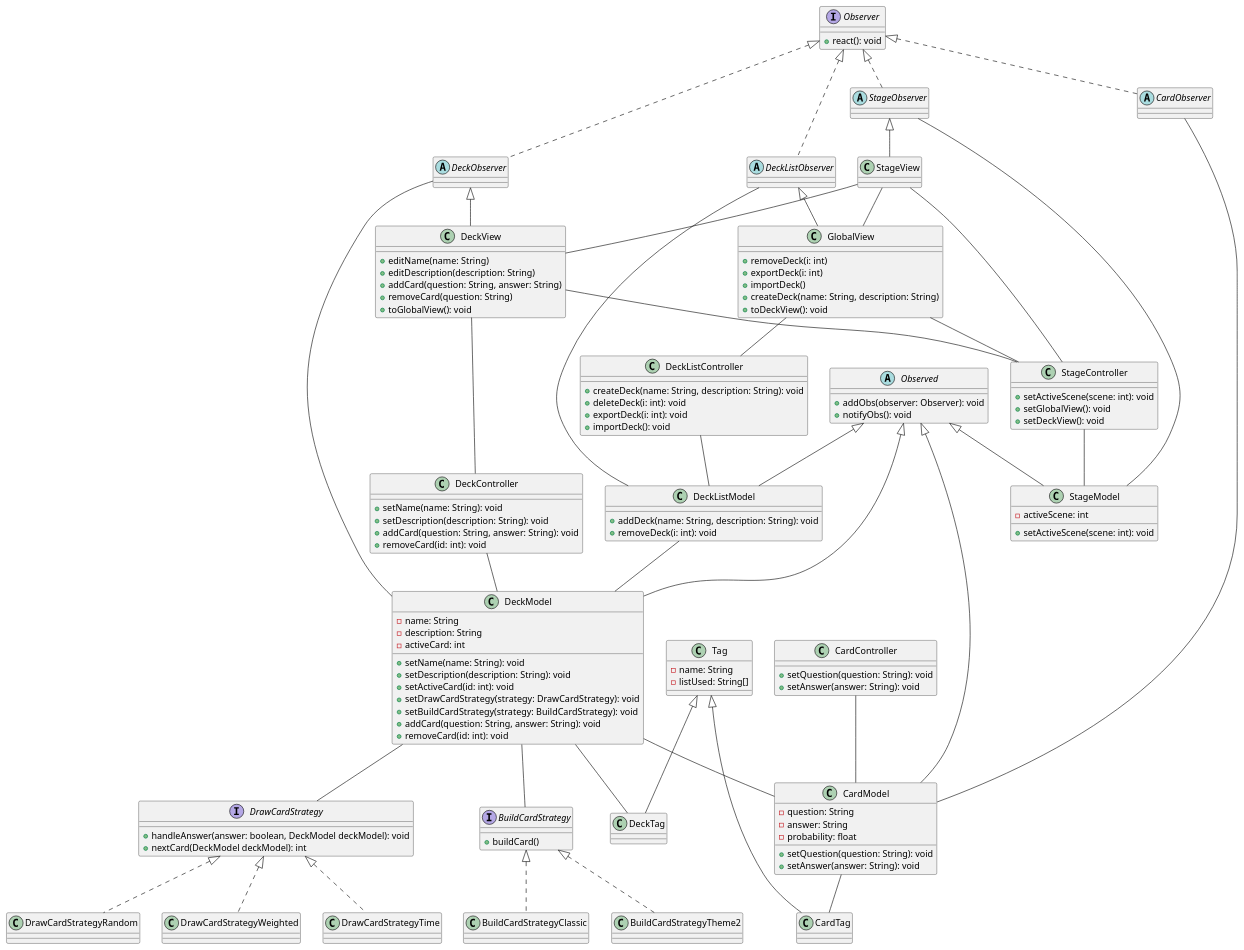
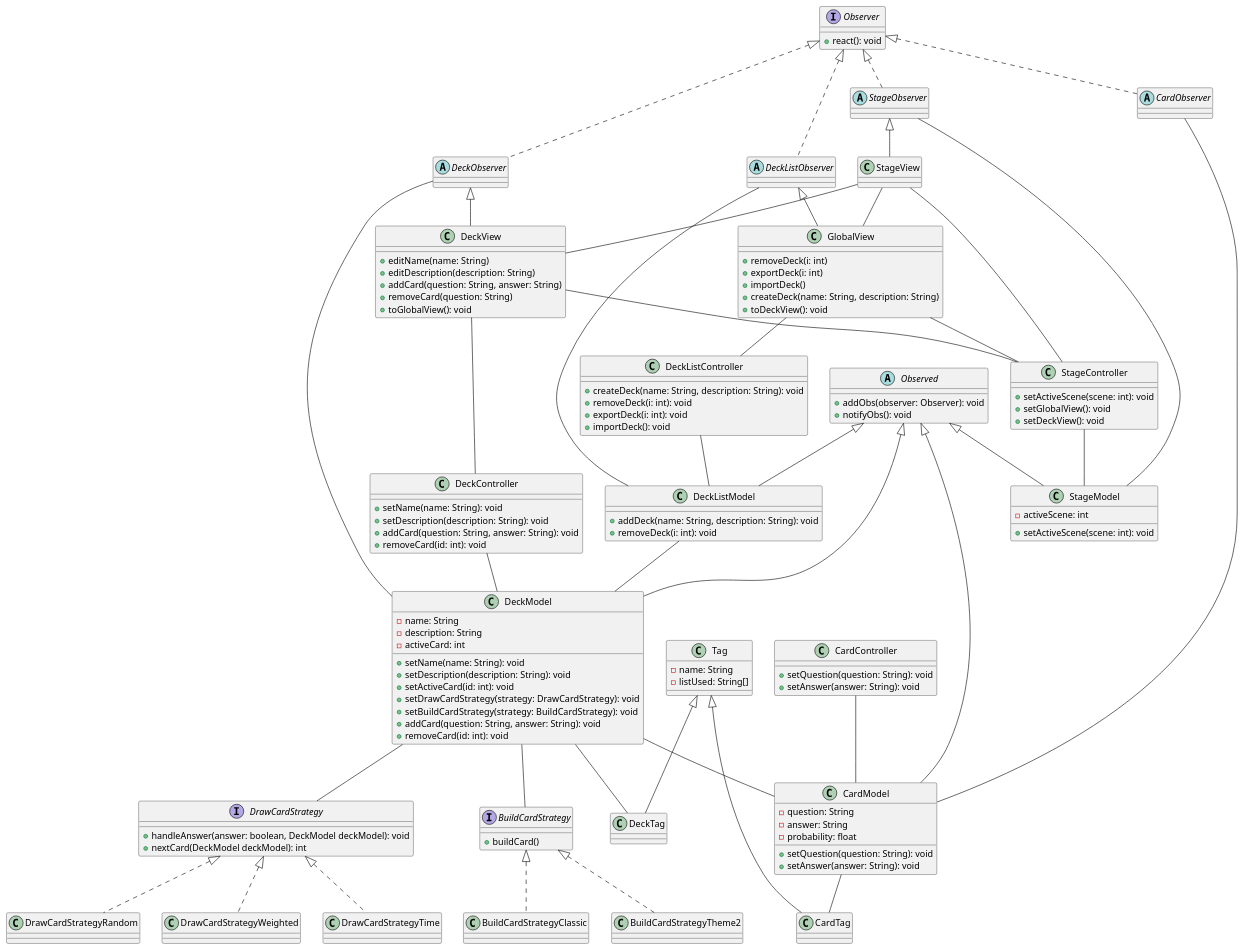
The diagram in GestionProjet/classDiagram.wsd (BigBaz54/TN_Flashcards), drawn with PlantUML before and after one commit. The commit also changed 2 other files, not shown here.

Commit message:
[+] deckListController

```diff
--- a/GestionProjet/classDiagram.wsd
+++ b/GestionProjet/classDiagram.wsd
@@ -1,161 +1,161 @@
 @startuml
 interface Observer {
     + react(): void
 }
 
 abstract class CardObserver implements Observer {
 }
 
 abstract class DeckObserver implements Observer {
 }
 
 abstract class DeckListObserver implements Observer {
 }
 
 abstract class StageObserver implements Observer {
 }
 
 abstract class Observed {
     + addObs(observer: Observer): void
     + notifyObs(): void
 }
 
 class GlobalView extends DeckListObserver {
     + removeDeck(i: int)
     + exportDeck(i: int)
     + importDeck()
     + createDeck(name: String, description: String)
     + toDeckView(): void
 }
 
 class DeckView extends DeckObserver {
     + editName(name: String)
     + editDescription(description: String)
     + addCard(question: String, answer: String)
     + removeCard(question: String)
     + toGlobalView(): void
 }
 
 class StageView extends StageObserver {
 }
 
 class DeckListModel extends Observed {
     + addDeck(name: String, description: String): void
     + removeDeck(i: int): void
 }
 
 class DeckModel extends Observed {
     - name: String
     - description: String
     - activeCard: int
     + setName(name: String): void
     + setDescription(description: String): void
     + setActiveCard(id: int): void
     + setDrawCardStrategy(strategy: DrawCardStrategy): void
     + setBuildCardStrategy(strategy: BuildCardStrategy): void
     + addCard(question: String, answer: String): void
     + removeCard(id: int): void
 }
 
 class CardModel extends Observed {
     - question: String
     - answer: String
     - probability: float
     + setQuestion(question: String): void
     + setAnswer(answer: String): void
 }
 
 class StageModel extends Observed {
     - activeScene: int
     + setActiveScene(scene: int): void
 }
 
 class DeckListController {
     + createDeck(name: String, description: String): void
-    + deleteDeck(i: int): void
+    + removeDeck(i: int): void
     + exportDeck(i: int): void
     + importDeck(): void
 }
 
 class DeckController {
     + setName(name: String): void
     + setDescription(description: String): void
     + addCard(question: String, answer: String): void
     + removeCard(id: int): void
 }
 
 class CardController {
     + setQuestion(question: String): void
     + setAnswer(answer: String): void
 }
 
 class StageController {
     + setActiveScene(scene: int): void
     + setGlobalView(): void
     + setDeckView(): void
 }
 
 class Tag {
     - name: String
     - listUsed: String[]
 }
 
 class CardTag extends Tag {
 }
 
 class DeckTag extends Tag {
 }
 
 interface DrawCardStrategy {
     + handleAnswer(answer: boolean, DeckModel deckModel): void
     + nextCard(DeckModel deckModel): int
 }
 
 interface BuildCardStrategy {
     + buildCard()
 }
 
 class BuildCardStrategyClassic implements BuildCardStrategy {
 }
 
 class BuildCardStrategyTheme2 implements BuildCardStrategy {
 }
 
 class DrawCardStrategyRandom implements DrawCardStrategy {
 }
 
 class DrawCardStrategyWeighted implements DrawCardStrategy {
 }
 
 class DrawCardStrategyTime implements DrawCardStrategy {
 }
 
 CardObserver -- CardModel
 DeckObserver -- DeckModel
 DeckListObserver -- DeckListModel
 StageObserver -- StageModel
 
 GlobalView -- DeckListController
 DeckView -- DeckController
 StageView -- StageController
 GlobalView -- StageController
 DeckView -- StageController
 
 CardController -- CardModel
 DeckController -- DeckModel
 DeckListController -- DeckListModel
 StageController -- StageModel
 
 DeckModel -- DrawCardStrategy
 DeckModel -- BuildCardStrategy
 DeckModel -- CardModel
 DeckListModel -- DeckModel
 
 
 StageView -- DeckView
 StageView -- GlobalView
 
 CardModel -- CardTag
 DeckModel -- DeckTag
 
 @enduml
```
